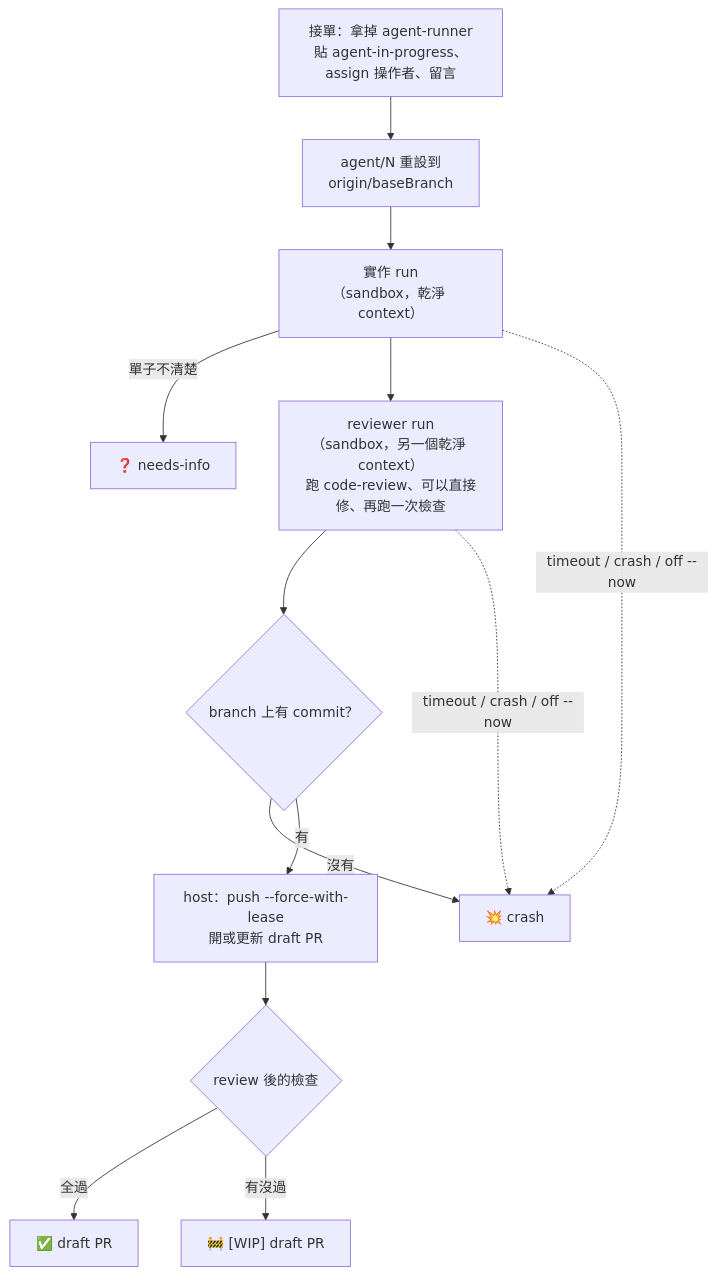
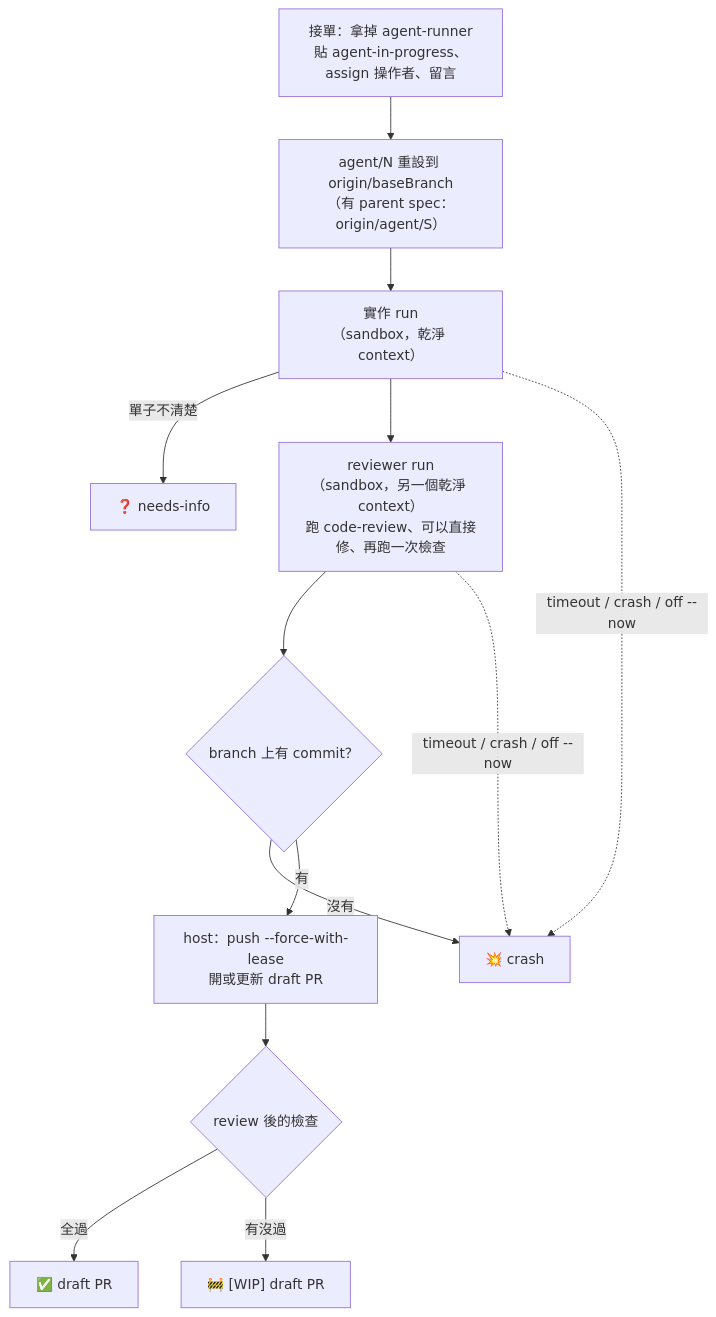
The third of 7 diagrams in README.md (henry5720/agent-runner), drawn with Mermaid before and after one commit. The commit also changed other lines of this file and 3 other files, not shown here.

````diff
--- a/README.md
+++ b/README.md
@@ -61,15 +61,15 @@
 ```mermaid
 flowchart TD
-  P["接單：拿掉 agent-runner<br/>貼 agent-in-progress、assign 操作者、留言"] --> R["agent/N 重設到<br/>origin/baseBranch"]
+  P["接單：拿掉 agent-runner<br/>貼 agent-in-progress、assign 操作者、留言"] --> R["agent/N 重設到 origin/baseBranch<br/>（有 parent spec：origin/agent/S）"]
   R --> IM["實作 run<br/>（sandbox，乾淨 context）"]
   IM -- "單子不清楚" --> NI["❓ needs-info"]
   IM --> RV["reviewer run<br/>（sandbox，另一個乾淨 context）<br/>跑 code-review、可以直接修、再跑一次檢查"]
   RV --> C{"branch 上有 commit？"}
   C -- "沒有" --> CR["💥 crash"]
   C -- "有" --> PU["host：push --force-with-lease<br/>開或更新 draft PR"]
   PU --> OK{"review 後的檢查"}
   OK -- "全過" --> PASS["✅ draft PR"]
   OK -- "有沒過" --> WIP["🚧 [WIP] draft PR"]
   IM -. "timeout / crash / off --now" .-> CR
   RV -. "timeout / crash / off --now" .-> CR
 ```
````
